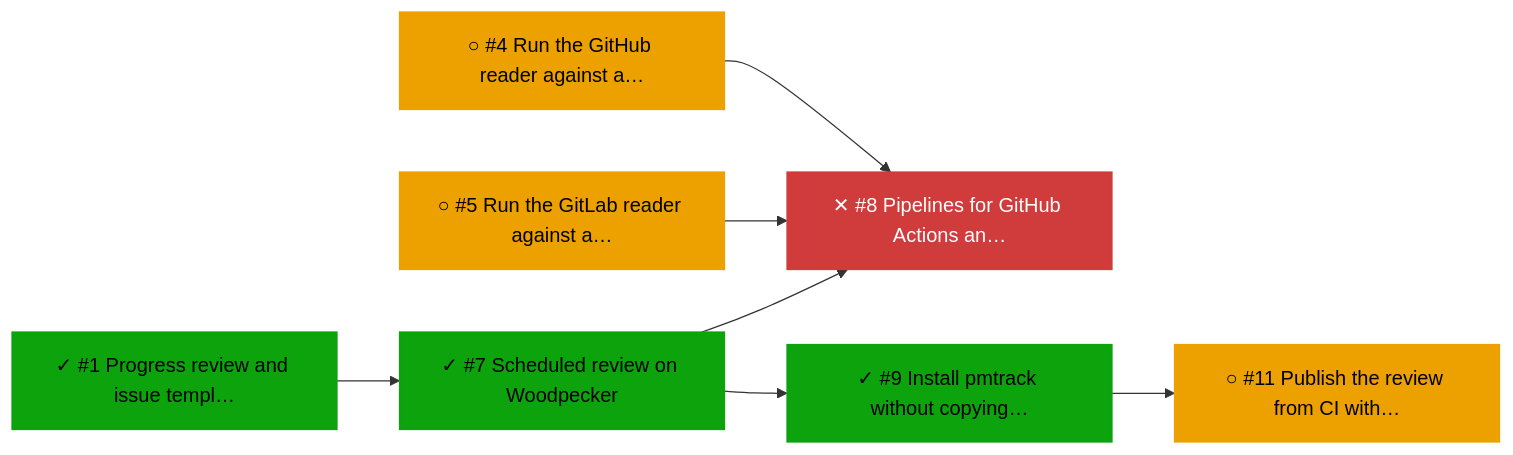
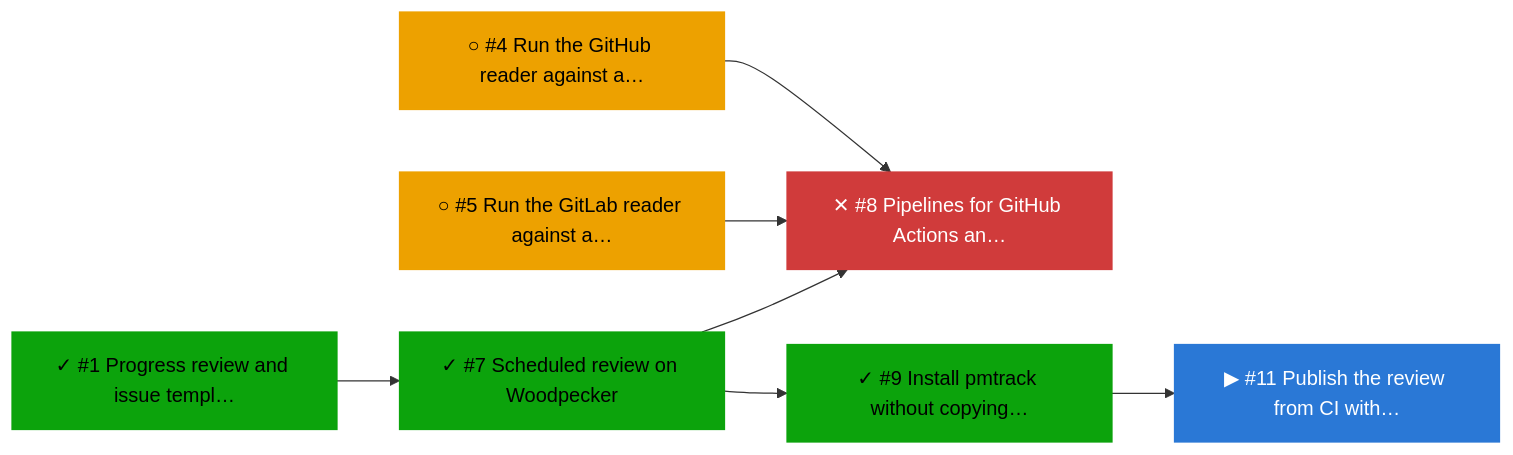
Before and after one commit to bvraghav/pmtrack: the second of 2 diagrams in ci.md, drawn with Mermaid. The commit also changed other lines of this file and 4 other files, not shown here.

````diff
--- a/ci.md
+++ b/ci.md
@@ -47,22 +47,22 @@
 ```mermaid
 flowchart LR
   n0["✓ #1 Progress review and issue templ…"]:::done
-  n1["○ #11 Publish the review from CI with…"]:::ready
+  n1["▶ #11 Publish the review from CI with…"]:::active
   n2["○ #4 Run the GitHub reader against a…"]:::ready
   n3["○ #5 Run the GitLab reader against a…"]:::ready
   n4["✓ #7 Scheduled review on Woodpecker"]:::done
   n5["✕ #8 Pipelines for GitHub Actions an…"]:::blocked
   n6["✓ #9 Install pmtrack without copying…"]:::done
   n6 --> n1
   n0 --> n4
   n4 --> n5
   n2 --> n5
   n3 --> n5
   n4 --> n6
   classDef done fill:#0ca30c,color:#000,stroke:#0ca30c
   classDef active fill:#2a78d6,color:#fff,stroke:#2a78d6
   classDef ready fill:#eda100,color:#000,stroke:#eda100
   classDef blocked fill:#d03b3b,color:#fff,stroke:#d03b3b
   classDef unknown fill:#898781,color:#000,stroke:#898781
   classDef dropped fill:#898781,color:#000,stroke:#898781
 ```
````
